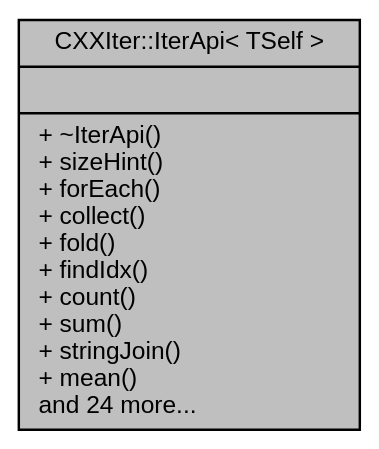
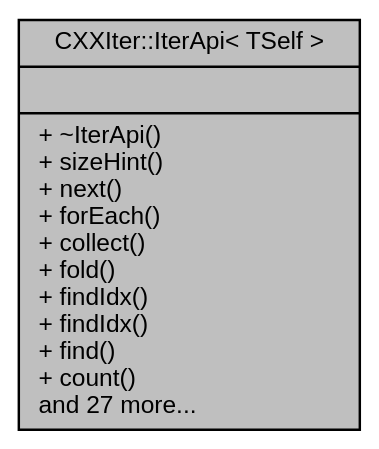
Before and after one commit to seijikun/CXXIter: the diagram in classCXXIter_1_1IterApi__coll__graph.dot, drawn with Graphviz. The commit also changed 24 other files, not shown here.

```diff
--- a/classCXXIter_1_1IterApi__coll__graph.dot
+++ b/classCXXIter_1_1IterApi__coll__graph.dot
@@ -1,9 +1,9 @@
 digraph "CXXIter::IterApi&lt; TSelf &gt;"
 {
  // INTERACTIVE_SVG=YES
  // LATEX_PDF_SIZE
   bgcolor="transparent";
   edge [fontname="Helvetica",fontsize="10",labelfontname="Helvetica",labelfontsize="10"];
   node [fontname="Helvetica",fontsize="10",shape=record];
-  Node1 [label="{CXXIter::IterApi\< TSelf \>\n||+ ~IterApi()\l+ sizeHint()\l+ forEach()\l+ collect()\l+ fold()\l+ findIdx()\l+ count()\l+ sum()\l+ stringJoin()\l+ mean()\land 24 more...\l}",height=0.2,width=0.4,color="black", fillcolor="grey75", style="filled", fontcolor="black",tooltip="Public Iterator API surface."];
+  Node1 [label="{CXXIter::IterApi\< TSelf \>\n||+ ~IterApi()\l+ sizeHint()\l+ next()\l+ forEach()\l+ collect()\l+ fold()\l+ findIdx()\l+ findIdx()\l+ find()\l+ count()\land 27 more...\l}",height=0.2,width=0.4,color="black", fillcolor="grey75", style="filled", fontcolor="black",tooltip="Public Iterator API surface."];
 }
```
